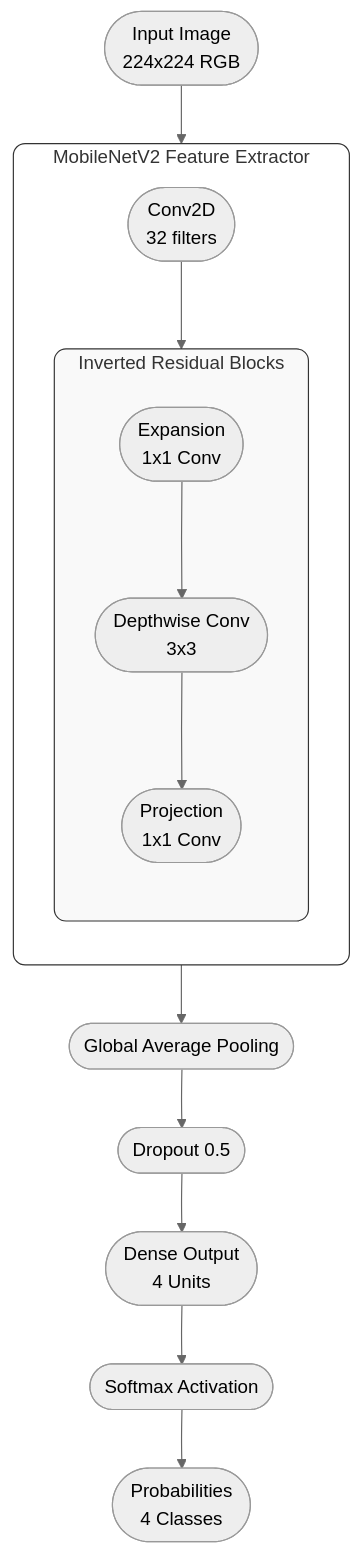
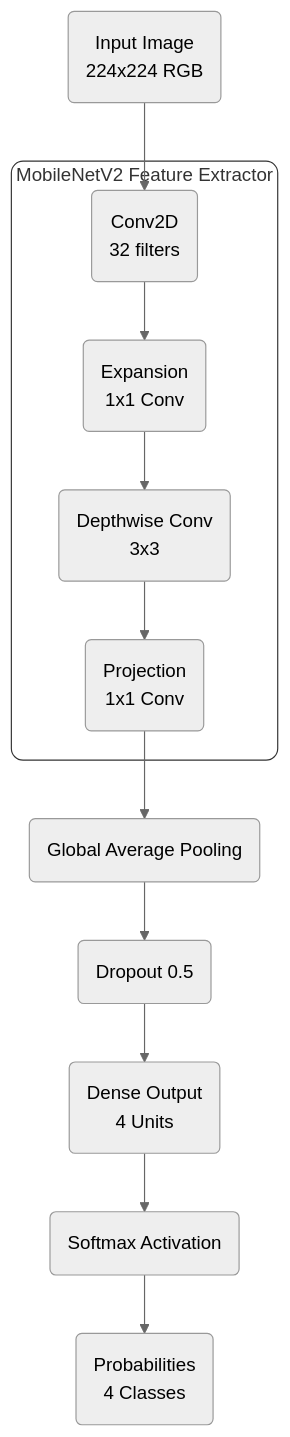
Before and after one commit to yashnaiduu/NeuroScan: the diagram in README.md, drawn with Mermaid (neutral theme). The commit also changed other lines of this file and 1 other file, not shown here.

Commit message:
docs: use optimized gif and fix mermaid diagram

````diff
--- a/README.md
+++ b/README.md
@@ -20,39 +20,40 @@
 ```mermaid
-flowchart TD
+graph TD
     %% Nodes
-    Input([Input Image\n224x224 RGB])
+    Input("Input Image
+    224x224 RGB")
     
-    subgraph MobileNetV2 [MobileNetV2 Feature Extractor]
-        direction TB
-        Conv1([Conv2D\n32 filters])
-        
-        subgraph Block [Inverted Residual Blocks]
-            direction TB
-            Exp([Expansion\n1x1 Conv])
-            DW([Depthwise Conv\n3x3])
-            Proj([Projection\n1x1 Conv])
-        end
+    subgraph MobileNetV2 ["MobileNetV2 Feature Extractor"]
+        Conv1("Conv2D
+        32 filters")
+        Exp("Expansion
+        1x1 Conv")
+        DW("Depthwise Conv
+        3x3")
+        Proj("Projection
+        1x1 Conv")
     end
 
-    GAP([Global Average Pooling])
-    Dropout([Dropout 0.5])
-    Dense([Dense Output\n4 Units])
-    Softmax([Softmax Activation])
-    Output([Probabilities\n4 Classes])
+    GAP("Global Average Pooling")
+    Dropout("Dropout 0.5")
+    Dense("Dense Output
+    4 Units")
+    Softmax("Softmax Activation")
+    Output("Probabilities
+    4 Classes")
 
     %% Connections
     Input --> Conv1
     Conv1 --> Exp
     Exp --> DW
     DW --> Proj
     Proj --> GAP
     
     GAP --> Dropout
     Dropout --> Dense
     Dense --> Softmax
     Softmax --> Output
 
     %% Styling
-    style Block fill:#f9f9f9,stroke:#333,stroke-width:1px,rx:10,ry:10
     style MobileNetV2 fill:#fff,stroke:#333,stroke-width:1px,rx:10,ry:10
 ```
````
